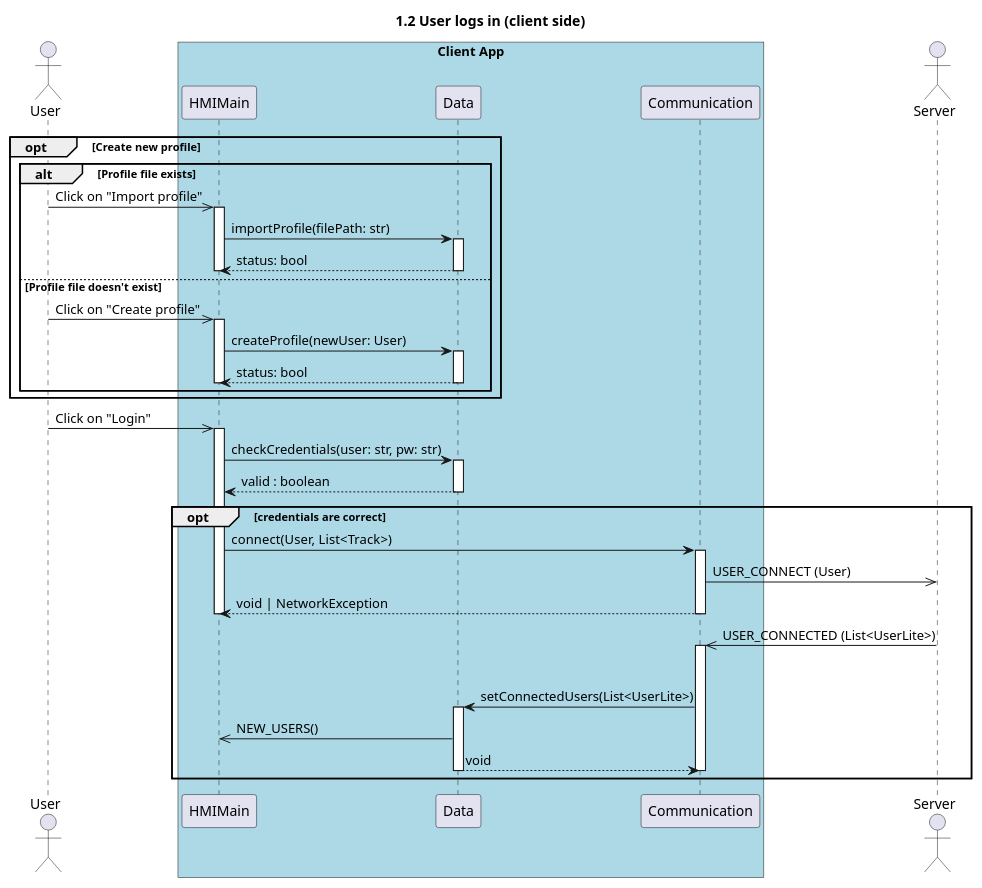
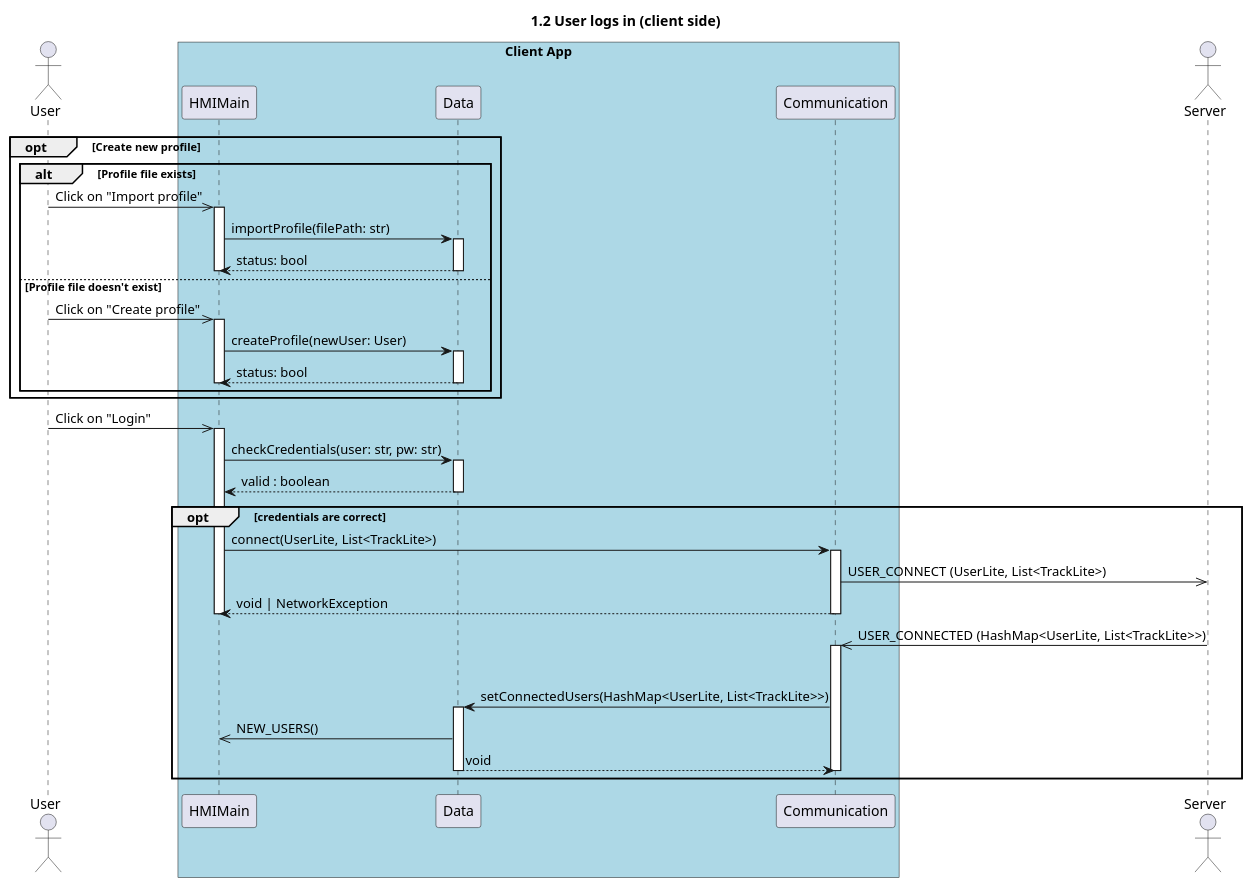
Before and after one commit to UTCAI12/Diagrams: the diagram in sequence/1.2.user_logs_in_client.puml, drawn with PlantUML. The commit also changed 3 other files, not shown here.

Commit message:
fix user_connect (now sending tracks)

```diff
--- a/sequence/1.2.user_logs_in_client.puml
+++ b/sequence/1.2.user_logs_in_client.puml
@@ -1,47 +1,47 @@
 @startuml 1.2 User logs in (client side)
 title 1.2 User logs in (client side)
 
 actor "User" as user
 box "Client App" #LightBlue
     participant "HMIMain" as hmi
     participant "Data" as data
     participant "Communication" as com
 end box
 actor "Server" as server
 
 opt Create new profile 
     alt Profile file exists
         user ->> hmi++: Click on "Import profile"
         hmi -> data++: importProfile(filePath: str)
         return status: bool
         deactivate hmi 
     else Profile file doesn't exist
         user ->> hmi++: Click on "Create profile"
         hmi -> data++: createProfile(newUser: User)
         return status: bool
         deactivate hmi
     end
 end
 
 
 
 user ->> hmi++: Click on "Login"
 hmi -> data++: checkCredentials(user: str, pw: str)
 return valid : boolean
 
 opt credentials are correct
-    hmi -> com++ : connect(User, List<Track>)
-    com->>server: USER_CONNECT (User)
+    hmi -> com++ : connect(UserLite, List<TrackLite>)
+    com->>server: USER_CONNECT (UserLite, List<TrackLite>)
     return void | NetworkException
 
     deactivate hmi
 
-    server ->> com++: USER_CONNECTED (List<UserLite>)
+    server ->> com++: USER_CONNECTED (HashMap<UserLite, List<TrackLite>>)
     deactivate server
-    com->data++: setConnectedUsers(List<UserLite>)
+    com->data++: setConnectedUsers(HashMap<UserLite, List<TrackLite>>)
     data->>hmi : NEW_USERS()
     return void
     deactivate com
 end
 
 @enduml
```
